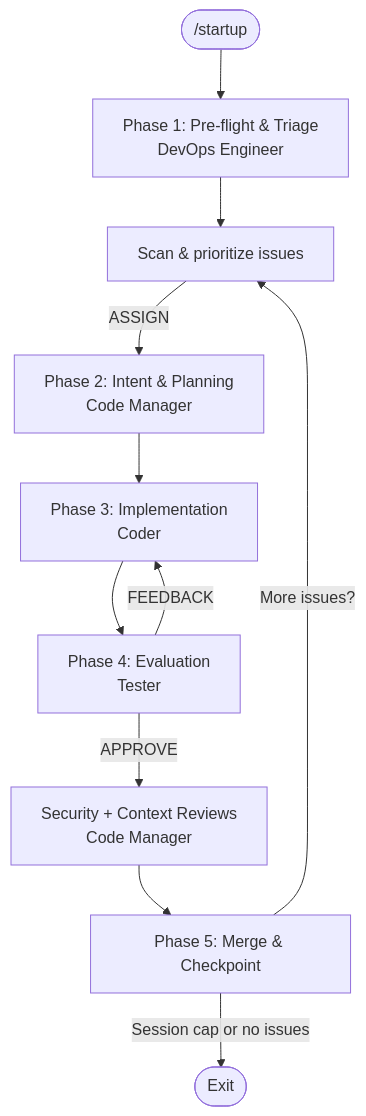
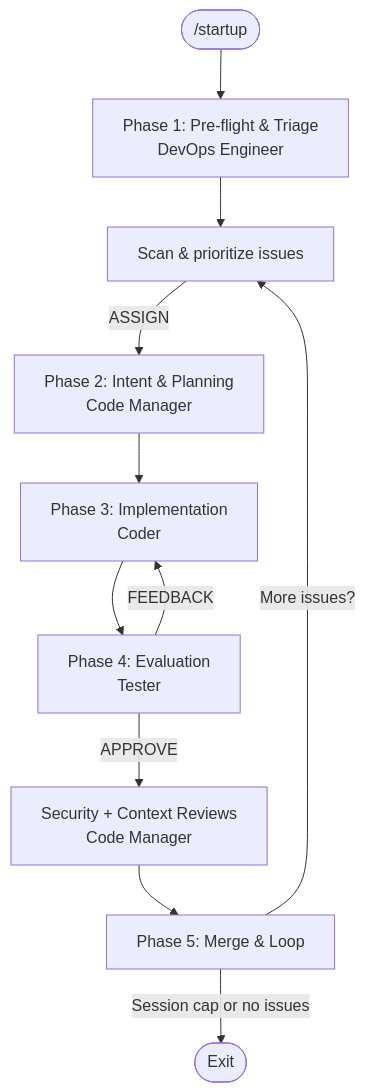
Before and after one commit to convergent-systems-co/dark-forge: the diagram in docs/README.md, drawn with Mermaid. The commit also changed 7 other files, not shown here.

````diff
--- a/docs/README.md
+++ b/docs/README.md
@@ -39,13 +39,13 @@
 ```mermaid
 flowchart TD
     START([/startup]) --> PF[Phase 1: Pre-flight & Triage<br/>DevOps Engineer]
     PF --> SCAN[Scan & prioritize issues]
     SCAN -->|ASSIGN| INTENT[Phase 2: Intent & Planning<br/>Code Manager]
     INTENT --> IMPL[Phase 3: Implementation<br/>Coder]
     IMPL --> EVAL[Phase 4: Evaluation<br/>Tester]
     EVAL -->|FEEDBACK| IMPL
     EVAL -->|APPROVE| REVIEW[Security + Context Reviews<br/>Code Manager]
-    REVIEW --> MERGE[Phase 5: Merge & Checkpoint]
+    REVIEW --> MERGE[Phase 5: Merge & Loop]
     MERGE -->|More issues?| SCAN
     MERGE -->|Session cap or no issues| EXIT([Exit])
 ```
````
